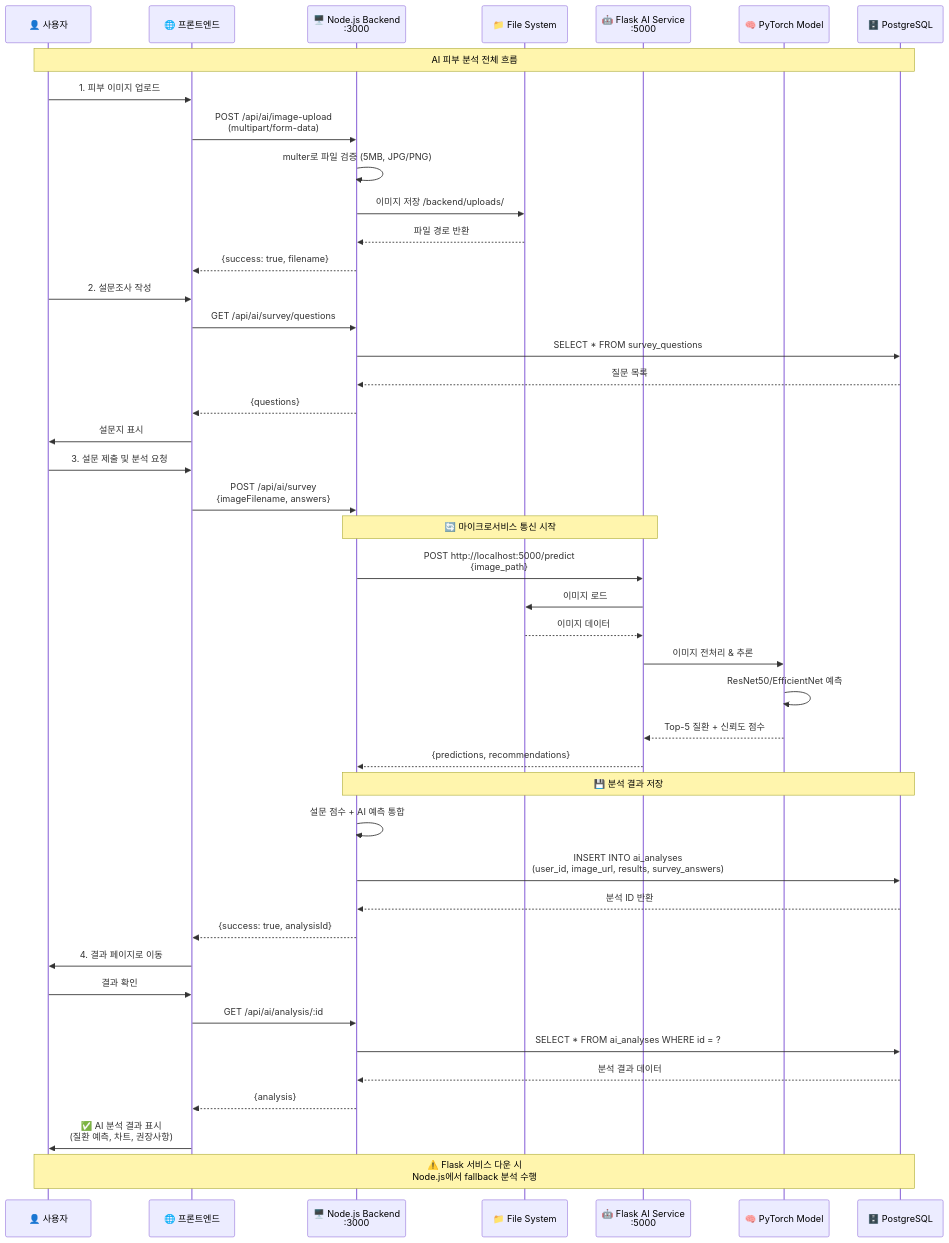
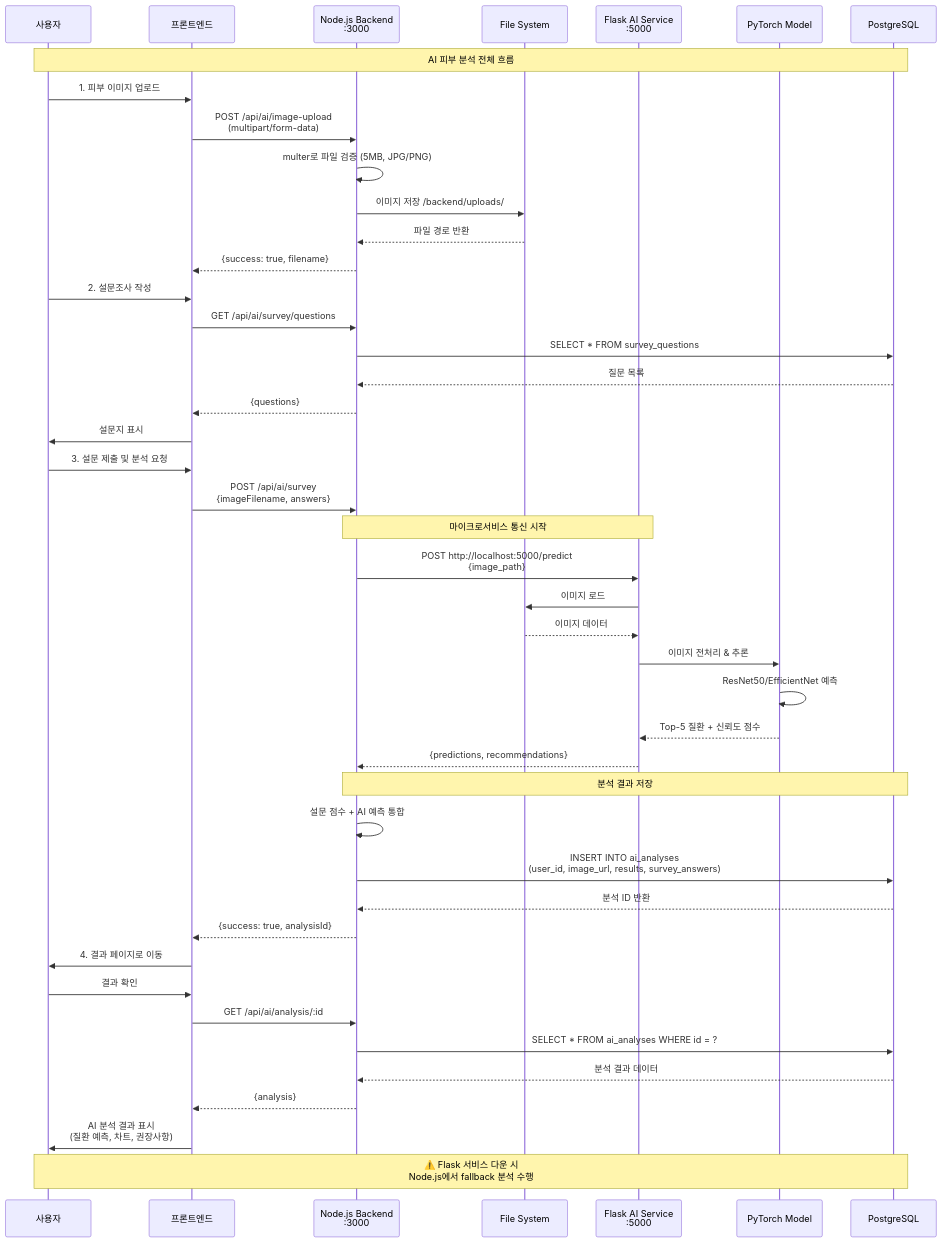
Before and after one commit to kyoe-23/DeepLearning_project: the tenth of 12 diagrams in Architecture.md, drawn with Mermaid. The commit also changed other lines of this file, not shown here.

````diff
--- a/Architecture.md
+++ b/Architecture.md
@@ -554,56 +554,56 @@
 ```mermaid
 sequenceDiagram
-    participant User as 👤 사용자
-    participant FE as 🌐 프론트엔드
-    participant BE as 🖥️ Node.js Backend<br/>:3000
-    participant FS as 📁 File System
-    participant FLASK as 🤖 Flask AI Service<br/>:5000
-    participant MODEL as 🧠 PyTorch Model
-    participant DB as 🗄️ PostgreSQL
+    participant User as 사용자
+    participant FE as 프론트엔드
+    participant BE as Node.js Backend<br/>:3000
+    participant FS as File System
+    participant FLASK as Flask AI Service<br/>:5000
+    participant MODEL as PyTorch Model
+    participant DB as PostgreSQL
 
     Note over User,DB: AI 피부 분석 전체 흐름
 
     User->>FE: 1. 피부 이미지 업로드
     FE->>BE: POST /api/ai/image-upload<br/>(multipart/form-data)
     BE->>BE: multer로 파일 검증 (5MB, JPG/PNG)
     BE->>FS: 이미지 저장 /backend/uploads/
     FS-->>BE: 파일 경로 반환
     BE-->>FE: {success: true, filename}
 
     User->>FE: 2. 설문조사 작성
     FE->>BE: GET /api/ai/survey/questions
     BE->>DB: SELECT * FROM survey_questions
     DB-->>BE: 질문 목록
     BE-->>FE: {questions}
     FE->>User: 설문지 표시
 
     User->>FE: 3. 설문 제출 및 분석 요청
     FE->>BE: POST /api/ai/survey<br/>{imageFilename, answers}
 
-    Note over BE,FLASK: 🔄 마이크로서비스 통신 시작
+    Note over BE,FLASK: 마이크로서비스 통신 시작
 
     BE->>FLASK: POST http://localhost:5000/predict<br/>{image_path}
     FLASK->>FS: 이미지 로드
     FS-->>FLASK: 이미지 데이터
     FLASK->>MODEL: 이미지 전처리 & 추론
     MODEL->>MODEL: ResNet50/EfficientNet 예측
     MODEL-->>FLASK: Top-5 질환 + 신뢰도 점수
     FLASK-->>BE: {predictions, recommendations}
 
-    Note over BE,DB: 💾 분석 결과 저장
+    Note over BE,DB: 분석 결과 저장
 
     BE->>BE: 설문 점수 + AI 예측 통합
     BE->>DB: INSERT INTO ai_analyses<br/>(user_id, image_url, results, survey_answers)
     DB-->>BE: 분석 ID 반환
     BE-->>FE: {success: true, analysisId}
 
     FE->>User: 4. 결과 페이지로 이동
     User->>FE: 결과 확인
     FE->>BE: GET /api/ai/analysis/:id
     BE->>DB: SELECT * FROM ai_analyses WHERE id = ?
     DB-->>BE: 분석 결과 데이터
     BE-->>FE: {analysis}
-    FE->>User: ✅ AI 분석 결과 표시<br/>(질환 예측, 차트, 권장사항)
+    FE->>User: AI 분석 결과 표시<br/>(질환 예측, 차트, 권장사항)
 
     Note over User,DB: ⚠️ Flask 서비스 다운 시<br/>Node.js에서 fallback 분석 수행
 ```
````
